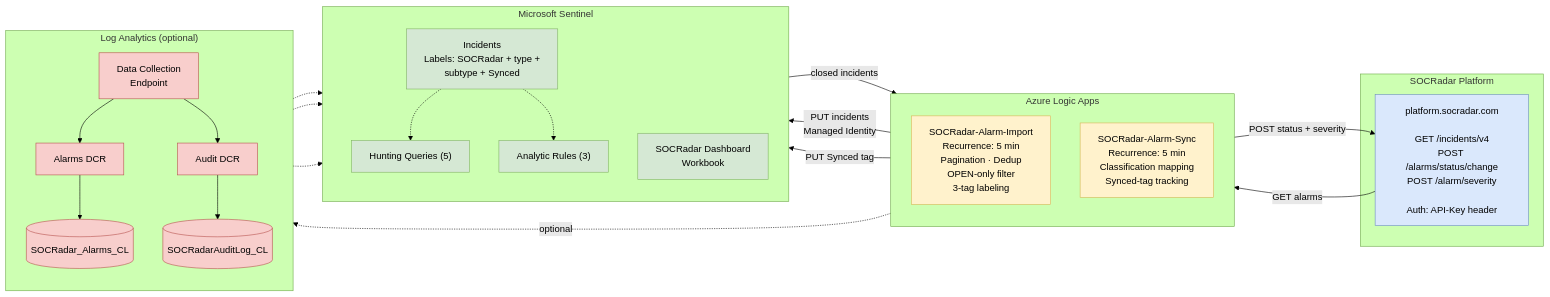
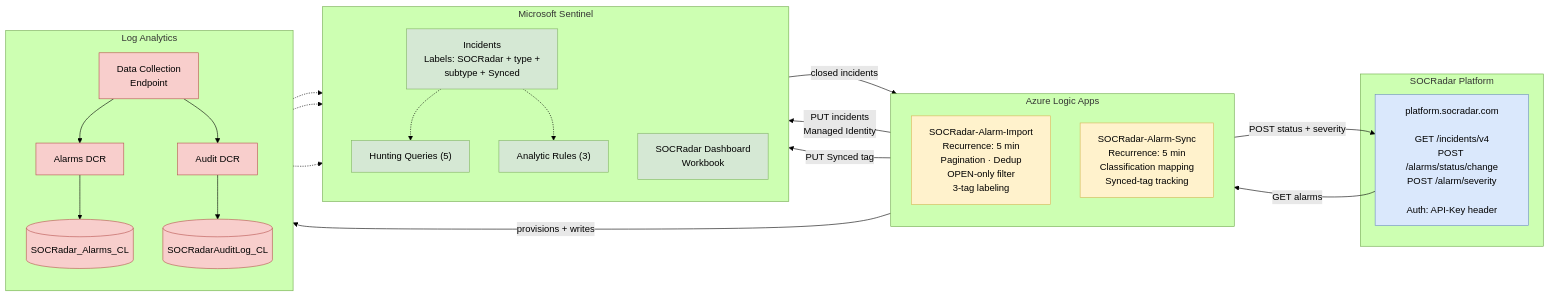
One commit to Azure/Azure-Sentinel changed the diagram in Solutions/SOCRadar/readme.md. Above: the diagram before and after it, drawn with Mermaid (forest theme). The commit also changed other lines of this file and 11 other files, not shown here.

````diff
--- a/Solutions/SOCRadar/readme.md
+++ b/Solutions/SOCRadar/readme.md
@@ -11,54 +11,54 @@
 ```mermaid
 flowchart LR
     subgraph EXT["SOCRadar Platform"]
         API["platform.socradar.com<br/><br/>GET /incidents/v4<br/>POST /alarms/status/change<br/>POST /alarm/severity<br/><br/>Auth: API-Key header"]
     end
 
     subgraph LA["Azure Logic Apps"]
         direction TB
         Import["SOCRadar-Alarm-Import<br/>Recurrence: 5 min<br/>Pagination · Dedup<br/>OPEN-only filter<br/>3-tag labeling"]
         Sync["SOCRadar-Alarm-Sync<br/>Recurrence: 5 min<br/>Classification mapping<br/>Synced-tag tracking"]
     end
 
     subgraph SEN["Microsoft Sentinel"]
         direction TB
         Inc["Incidents<br/>Labels: SOCRadar + type +<br/>subtype + Synced"]
         HQ["Hunting Queries (5)"]
         AR["Analytic Rules (3)"]
         WB["SOCRadar Dashboard<br/>Workbook"]
     end
 
-    subgraph LAW["Log Analytics (optional)"]
+    subgraph LAW["Log Analytics"]
         direction TB
         DCE["Data Collection<br/>Endpoint"]
         DCRA["Alarms DCR"]
         DCRB["Audit DCR"]
         Alarms[("SOCRadar_Alarms_CL")]
         Audit[("SOCRadarAuditLog_CL")]
     end
 
     API -->|GET alarms| Import
     Import -->|PUT incidents<br/>Managed Identity| Inc
-    Import -.->|optional| DCE
+    Import -->|provisions + writes| DCE
     DCE --> DCRA --> Alarms
     DCE --> DCRB --> Audit
 
     Inc -->|closed incidents| Sync
     Sync -->|POST status + severity| API
     Sync -->|PUT Synced tag| Inc
 
     Inc -.-> HQ
     Inc -.-> AR
     Alarms -.-> HQ
     Alarms -.-> WB
     Audit -.-> HQ
 
     classDef ext fill:#dae8fc,stroke:#6c8ebf,color:#000
     classDef logic fill:#fff2cc,stroke:#d6b656,color:#000
     classDef sentinel fill:#d5e8d4,stroke:#82b366,color:#000
     classDef law fill:#f8cecc,stroke:#b85450,color:#000
     class API ext
     class Import,Sync logic
     class Inc,HQ,AR,WB sentinel
     class DCE,DCRA,DCRB,Alarms,Audit law
 ```
````
